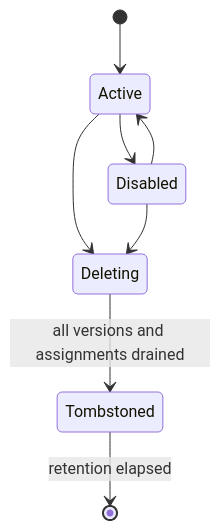
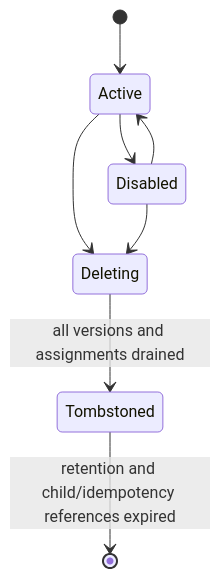
Before and after one commit to yourikka/minicloud: the third of 12 diagrams in MiniCloud-Spec-v1.0.md, drawn with Mermaid. The commit also changed other lines of this file, not shown here.

````diff
--- a/MiniCloud-Spec-v1.0.md
+++ b/MiniCloud-Spec-v1.0.md
@@ -922,10 +996,10 @@
 ```mermaid
 stateDiagram-v2
     [*] --> Active
     Active --> Disabled
     Disabled --> Active
     Active --> Deleting
     Disabled --> Deleting
     Deleting --> Tombstoned: all versions and assignments drained
-    Tombstoned --> [*]: retention elapsed
+    Tombstoned --> [*]: retention and child/idempotency references expired
 ```
````
